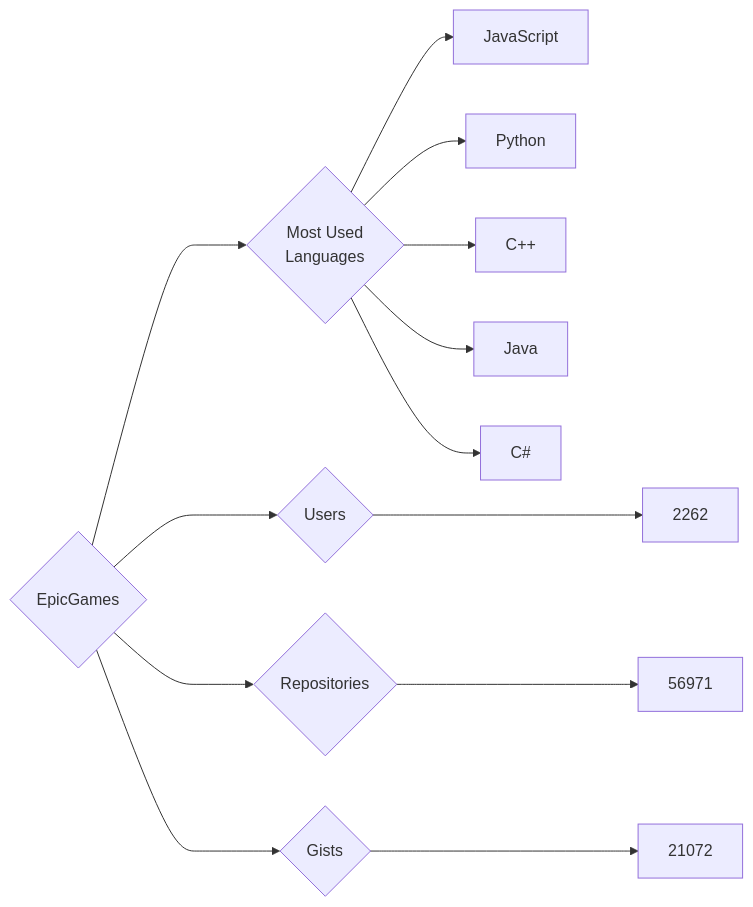
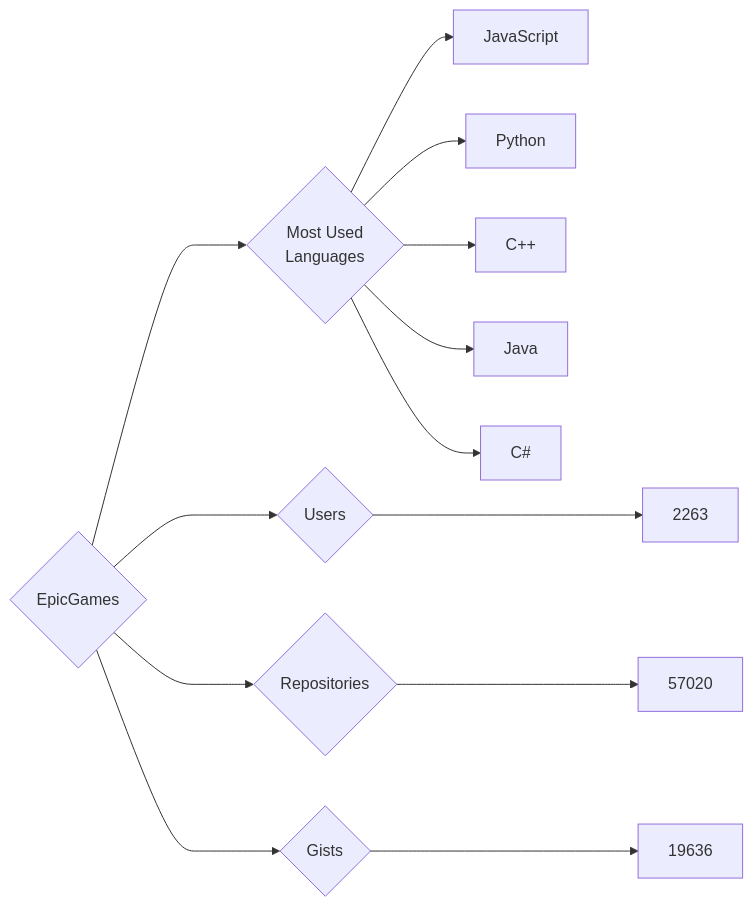
Before and after one commit to trickest/insiders: the diagram in targets/EpicGames/README.md, drawn with Mermaid. The commit also changed 718 other files, not shown here.

````diff
--- a/targets/EpicGames/README.md
+++ b/targets/EpicGames/README.md
@@ -3,13 +3,13 @@
 ```mermaid
 graph LR
 COMPANY_NAME{EpicGames}
-COMPANY_NAME ---> U{Users} ---> UN[2262]
-COMPANY_NAME ---> R{Repositories} ---> RN[56971]
-COMPANY_NAME ---> G{Gists} ---> GN[21072]
+COMPANY_NAME ---> U{Users} ---> UN[2263]
+COMPANY_NAME ---> R{Repositories} ---> RN[57020]
+COMPANY_NAME ---> G{Gists} ---> GN[19636]
 COMPANY_NAME ---> ML{Most Used<br>Languages}
 ML --> JavaScript[JavaScript]
 ML --> Python[Python]
 ML --> C++[C++]
 ML --> Java[Java]
 ML --> C#[C#]
 ```
````
